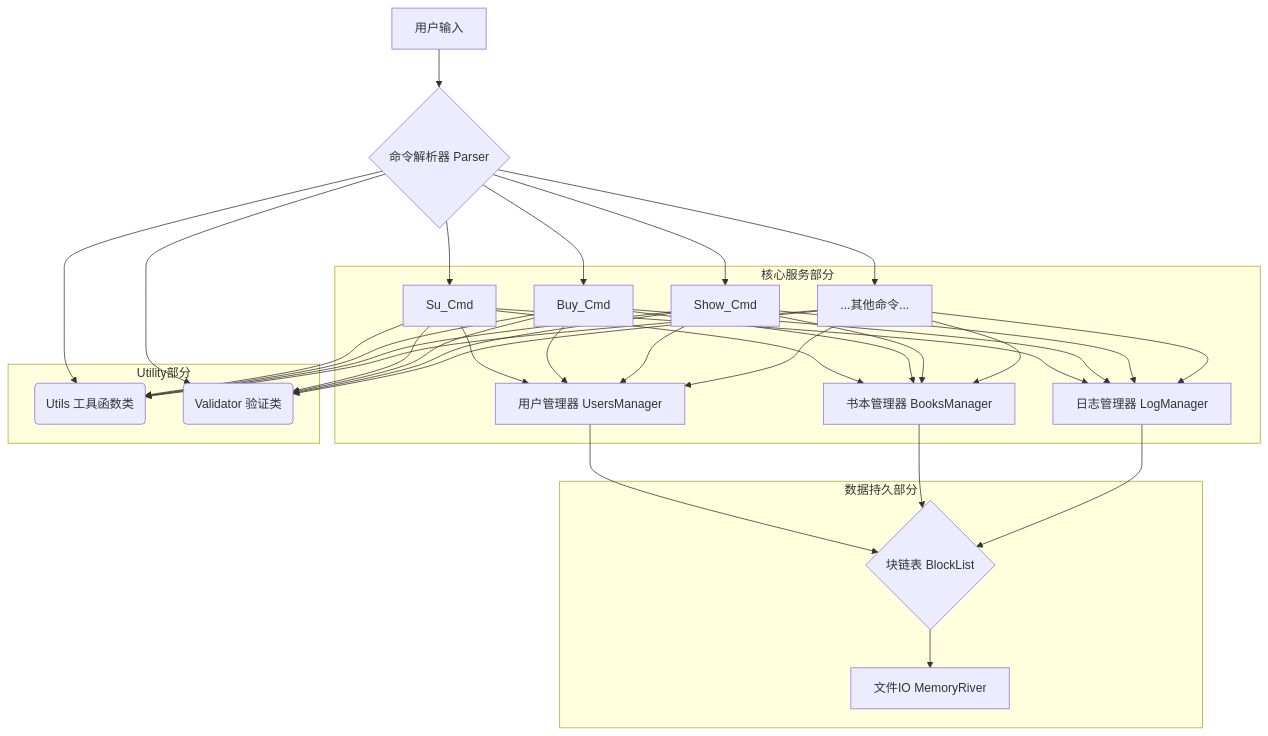
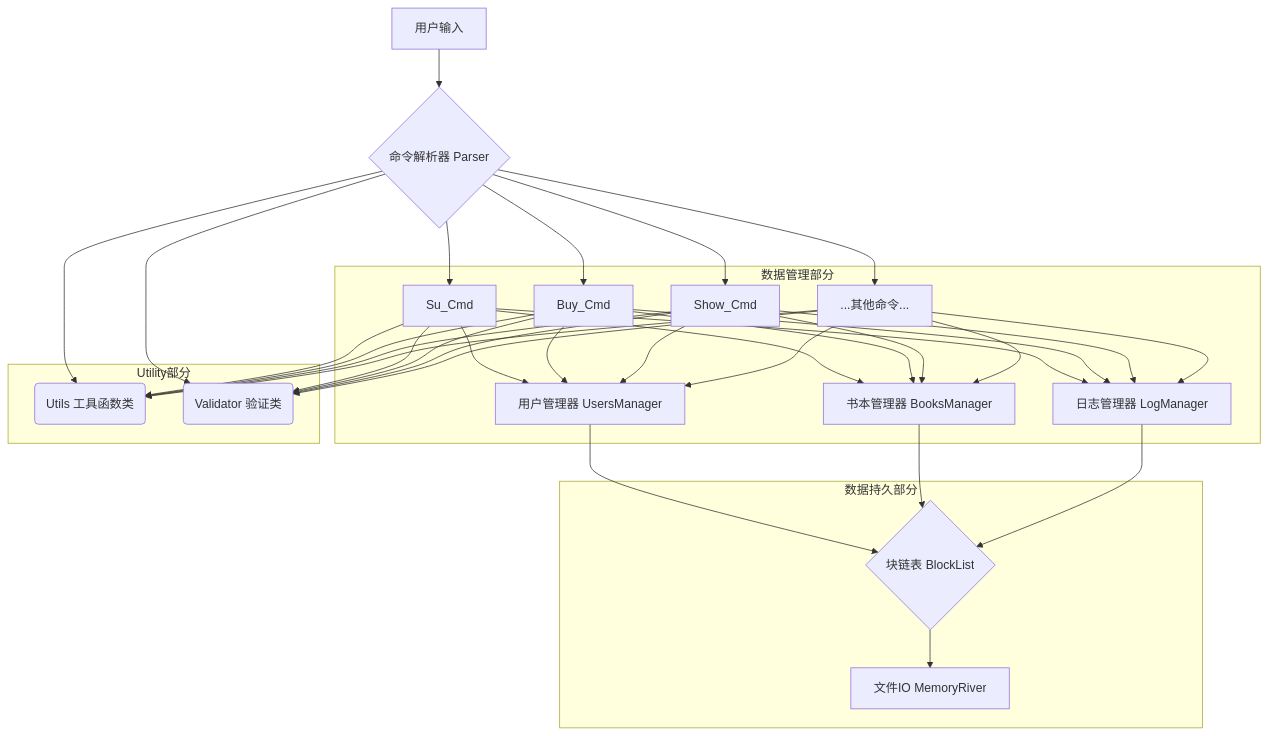
One commit to llx07/Bookstore-2025 changed the diagram in doc/总体设计文档.md. Above: the diagram before and after it, drawn with Mermaid. The commit also changed other lines of this file, not shown here.

````diff
--- a/doc/总体设计文档.md
+++ b/doc/总体设计文档.md
@@ -74,28 +74,28 @@
 ```mermaid
 graph TD
     A[用户输入] --> B{命令解析器 Parser};
     B --> C1[Su_Cmd];
     B --> C2[Buy_Cmd];
     B --> C3[Show_Cmd];
     B --> C4[...其他命令...];
-    subgraph 核心服务部分
+    subgraph 数据管理部分
         C1 & C2 & C3 & C4 --> E[用户管理器 UsersManager];
         C1 & C2 & C3 & C4 --> F[书本管理器 BooksManager];
         C1 & C2 & C3 & C4 --> G[日志管理器 LogManager];
     end
 
     subgraph 数据持久部分
         E --> H{块链表 BlockList};
         F --> H;
         G --> H;
         H --> I[文件IO MemoryRiver];
     end
 
     subgraph Utility部分
         J(Utils 工具函数类)
         K(Validator 验证类)
 
     end
     C1 & C2 & C3 & C4 & B --> J
     C1 & C2 & C3 & C4 & B --> K
 ```
````
